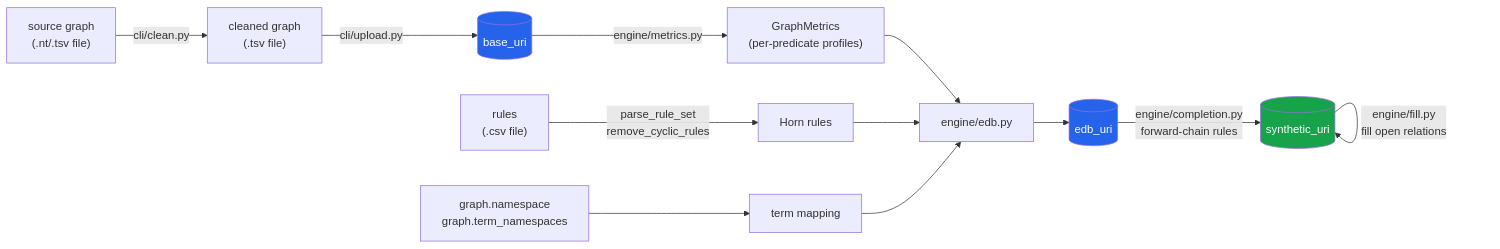
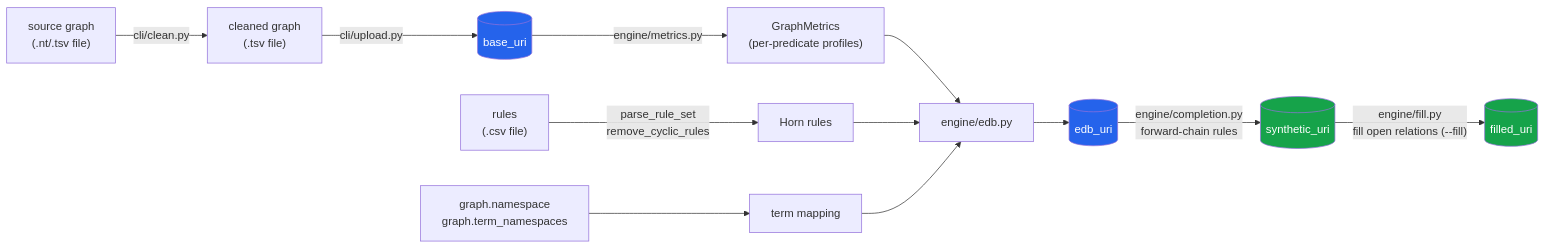
One commit to DavidGomez00/synthetic-knowledge-graph-generator changed the first of 2 diagrams in docs/architecture.md. Above: the diagram before and after it, drawn with Mermaid. The commit also changed other lines of this file and 10 other files, not shown here.

First line of the commit message:
Run the fill step only with --fill, into graph.filled_uri

````diff
--- a/docs/architecture.md
+++ b/docs/architecture.md
@@ -9,19 +9,20 @@
 ```mermaid
 flowchart LR
     RAW["source graph<br/>(.nt/.tsv file)"] -->|cli/clean.py| NT["cleaned graph<br/>(.tsv file)"]
     NT -->|cli/upload.py| BASE[("base_uri")]
     NS["graph.namespace<br/>graph.term_namespaces"] --> TERM["term mapping"]
     RULES["rules<br/>(.csv file)"] -->|"parse_rule_set<br/>remove_cyclic_rules"| HORN["Horn rules"]
 
     BASE -->|engine/metrics.py| METRICS["GraphMetrics<br/>(per-predicate profiles)"]
 
     METRICS & HORN & TERM --> EDBGEN["engine/edb.py"]
     EDBGEN --> EDB[("edb_uri")]
 
     EDB -->|"engine/completion.py<br/>forward-chain rules"| SYN[("synthetic_uri")]
-    SYN -->|"engine/fill.py<br/>fill open relations"| SYN
+    SYN -->|"engine/fill.py<br/>fill open relations (--fill)"| FILLED[("filled_uri")]
 
     style BASE fill:#2563eb,color:#fff
     style EDB fill:#2563eb,color:#fff
     style SYN fill:#16a34a,color:#fff
+    style FILLED fill:#16a34a,color:#fff
 ```
````
